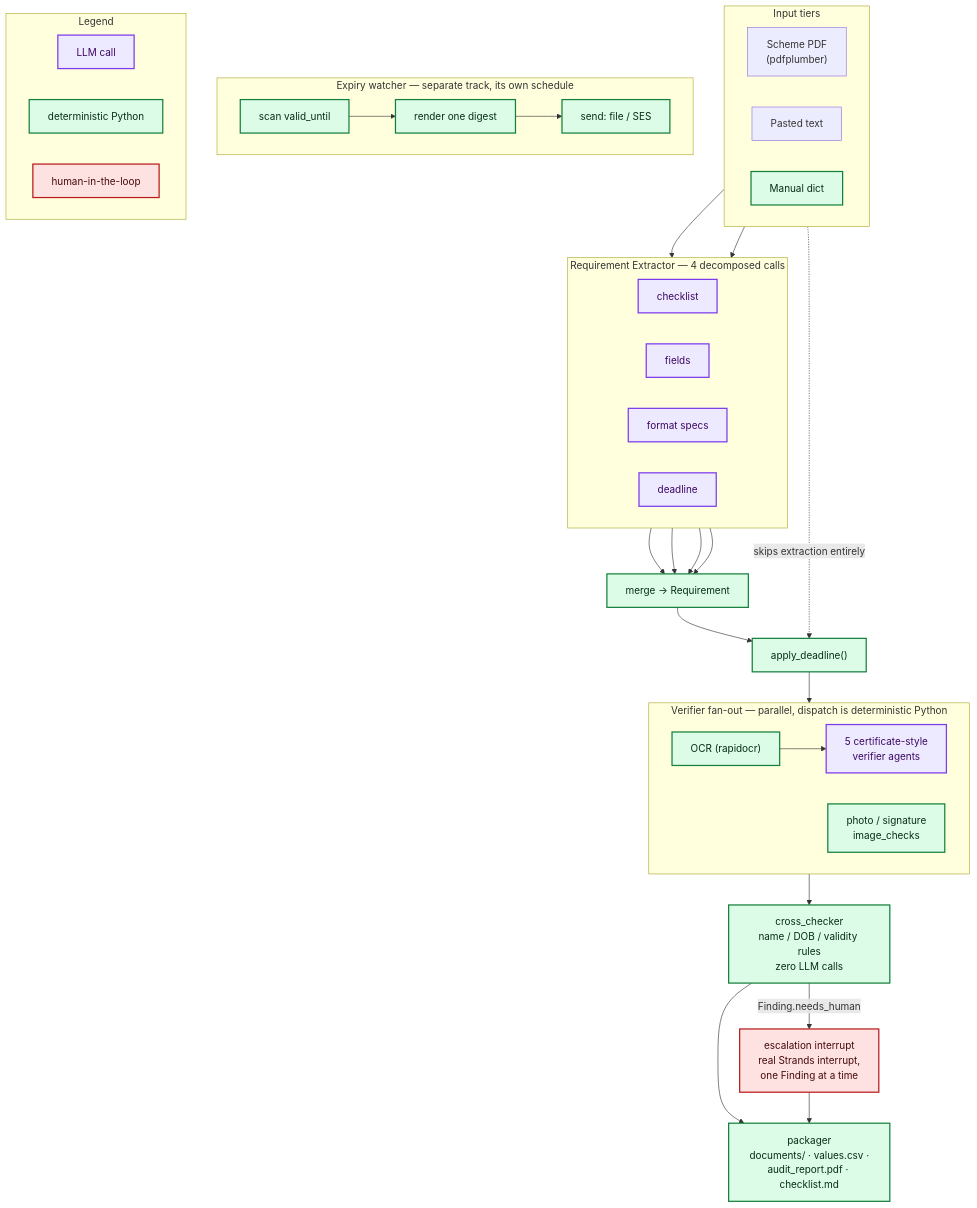
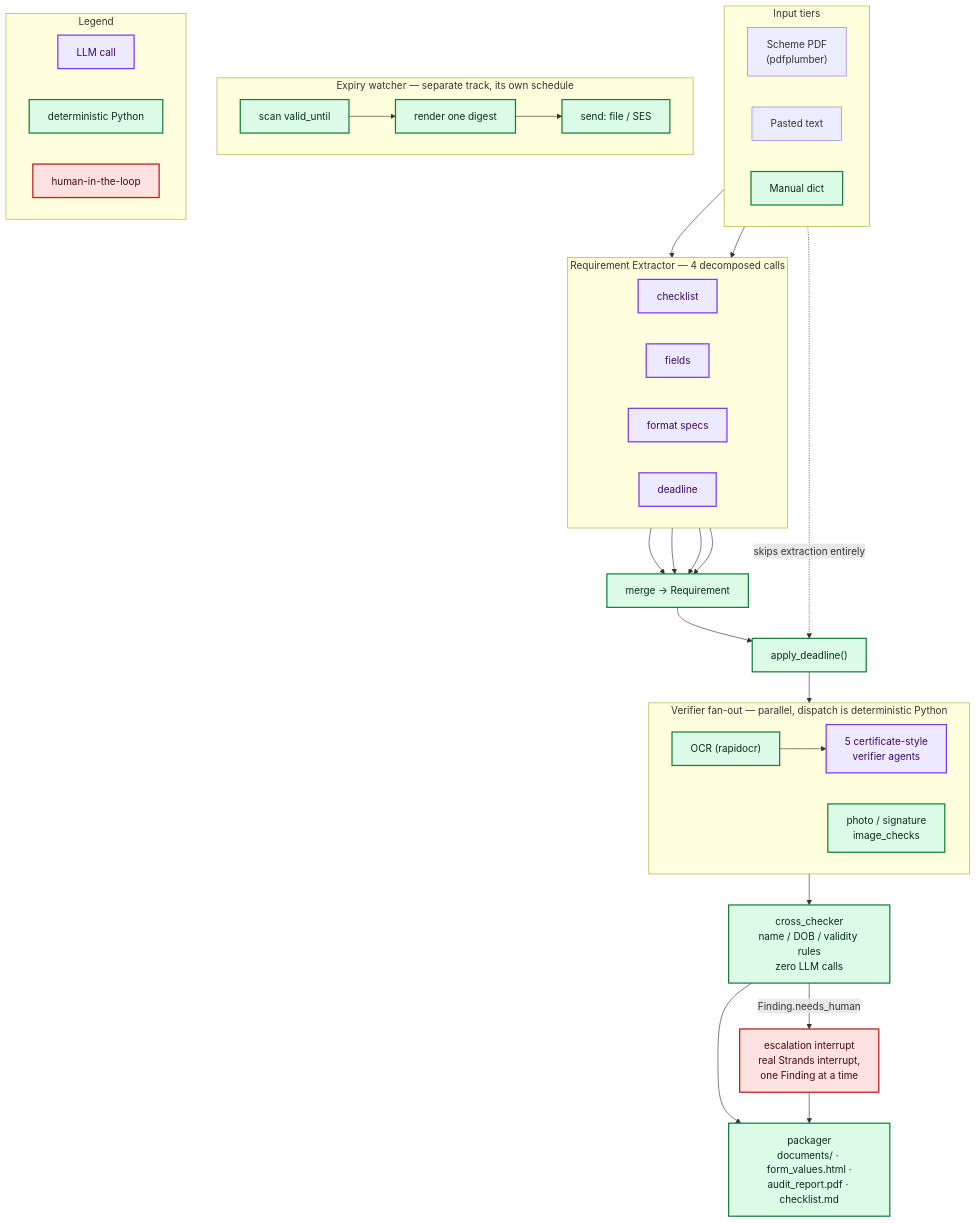
The diagram in docs/architecture.md (Aditya-0037/kagaz), drawn with Mermaid before and after one commit. The commit also changed 25 other files, not shown here.

````diff
--- a/docs/architecture.md
+++ b/docs/architecture.md
@@ -16,64 +16,64 @@
 ```mermaid
 flowchart TB
     subgraph INPUT["Input tiers"]
         direction LR
         PDF["Scheme PDF<br/>(pdfplumber)"]
         TEXT["Pasted text"]
         MANUAL["Manual dict"]:::det
     end
 
     subgraph EXTRACT["Requirement Extractor — 4 decomposed calls"]
         direction LR
         C1["checklist"]:::llm
         C2["fields"]:::llm
         C3["format specs"]:::llm
         C4["deadline"]:::llm
     end
 
     MERGE["merge → Requirement"]:::det
     DEADLINE["apply_deadline()"]:::det
 
     PDF --> EXTRACT
     TEXT --> EXTRACT
     C1 & C2 & C3 & C4 --> MERGE
     MANUAL -.->|"skips extraction entirely"| DEADLINE
     MERGE --> DEADLINE
 
     subgraph VERIFY["Verifier fan-out — parallel, dispatch is deterministic Python"]
         direction LR
         OCR["OCR (rapidocr)"]:::det
         V1["5 certificate-style<br/>verifier agents"]:::llm
         IMG["photo / signature<br/>image_checks"]:::det
         OCR --> V1
     end
     DEADLINE --> VERIFY
 
     CROSS["cross_checker<br/>name / DOB / validity rules<br/>zero LLM calls"]:::det
     VERIFY --> CROSS
 
     ESCALATE["escalation interrupt<br/>real Strands interrupt,<br/>one Finding at a time"]:::human
     CROSS -->|"Finding.needs_human"| ESCALATE
     CROSS --> PACKAGE
     ESCALATE --> PACKAGE
 
-    PACKAGE["packager<br/>documents/ · values.csv ·<br/>audit_report.pdf · checklist.md"]:::det
+    PACKAGE["packager<br/>documents/ · form_values.html ·<br/>audit_report.pdf · checklist.md"]:::det
 
     subgraph WATCHER["Expiry watcher — separate track, its own schedule"]
         direction LR
         SCAN["scan valid_until"]:::det
         DIGEST["render one digest"]:::det
         EMAIL["send: file / SES"]:::det
         SCAN --> DIGEST --> EMAIL
     end
 
     subgraph LEGEND["Legend"]
         direction LR
         L1["LLM call"]:::llm
         L2["deterministic Python"]:::det
         L3["human-in-the-loop"]:::human
     end
 
     classDef llm fill:#ede9fe,stroke:#7c3aed,color:#3b0764,stroke-width:2px
     classDef det fill:#dcfce7,stroke:#15803d,color:#052e16,stroke-width:2px
     classDef human fill:#fee2e2,stroke:#b91c1c,color:#450a0a,stroke-width:2px
 ```
````
